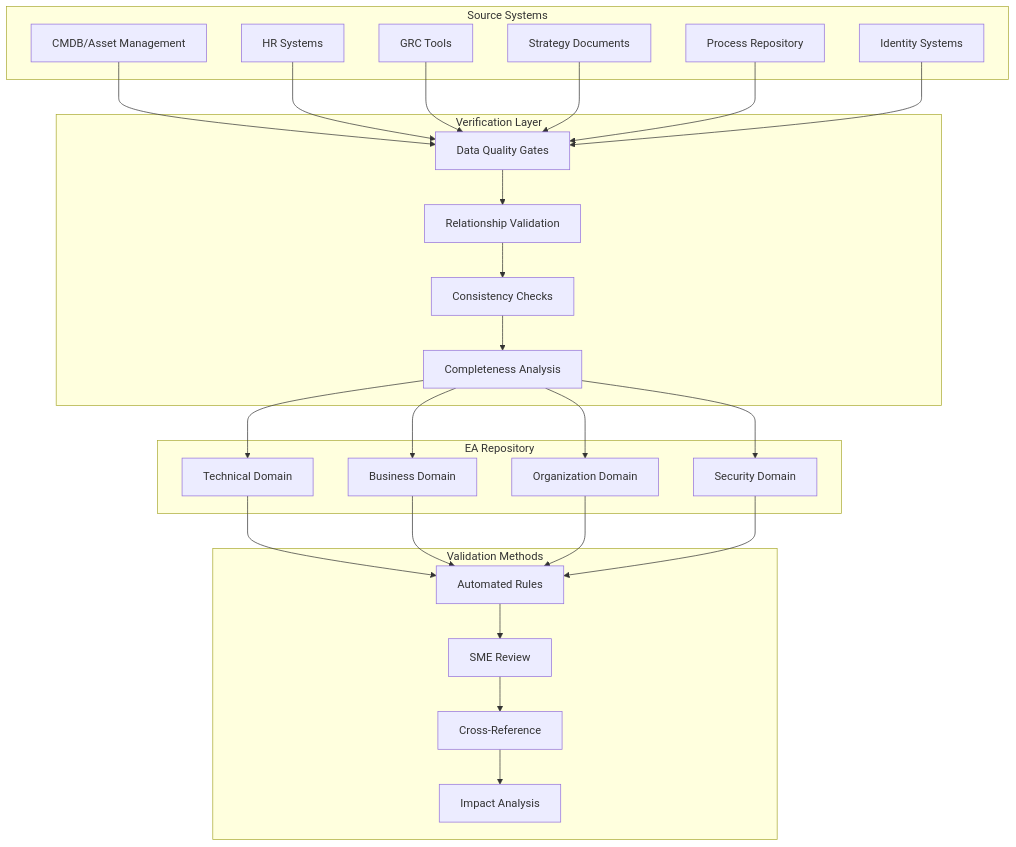
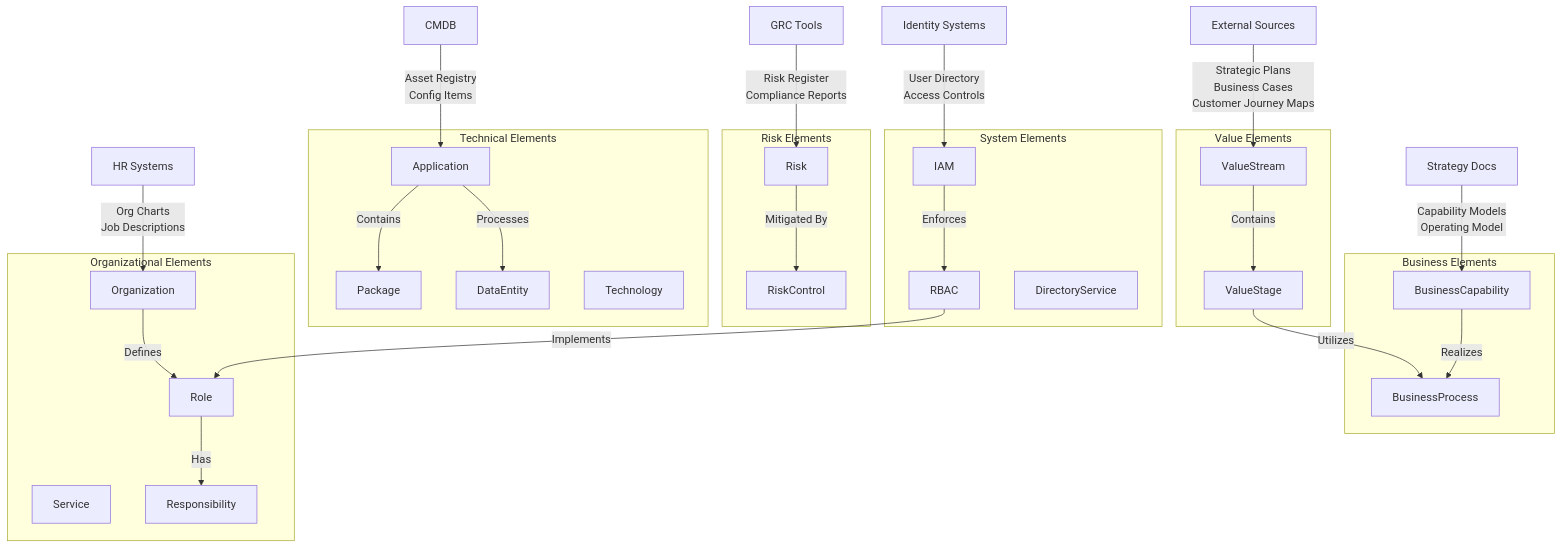
Before and after one commit to thoughtful-solutions/enterprise-architecture: the diagram in ea-population-guide.md, drawn with Mermaid. The commit also changed other lines of this file, not shown here.

````diff
--- a/ea-population-guide.md
+++ b/ea-population-guide.md
@@ -8,42 +5,53 @@
 ```mermaid
 flowchart TD
-    subgraph Sources["Source Systems"]
-        S1[CMDB/Asset Management]
-        S2[HR Systems]
-        S3[GRC Tools]
-        S4[Strategy Documents]
-        S5[Process Repository]
-        S6[Identity Systems]
+    subgraph Value["Value Elements"]
+        VS[ValueStream]
+        VSt[ValueStage]
     end
-
-    subgraph Verification["Verification Layer"]
-        V1[Data Quality Gates]
-        V2[Relationship Validation]
-        V3[Consistency Checks]
-        V4[Completeness Analysis]
+    subgraph Risk["Risk Elements"]
+        R[Risk]
+        RC[RiskControl]
     end
-
-    subgraph Repository["EA Repository"]
-        R1[Technical Domain]
-        R2[Business Domain]
-        R3[Organization Domain]
-        R4[Security Domain]
+    subgraph Business["Business Elements"]
+        BC[BusinessCapability]
+        BP[BusinessProcess]
     end
-
-    subgraph Validation["Validation Methods"]
-        M1[Automated Rules]
-        M2[SME Review]
-        M3[Cross-Reference]
-        M4[Impact Analysis]
+    subgraph Technical["Technical Elements"]
+        A[Application]
+        P[Package]
+        DE[DataEntity]
+        T[Technology]
     end
-
-    S1 & S2 & S3 & S4 & S5 & S6 --> V1
-    V1 --> V2
-    V2 --> V3
-    V3 --> V4
-    V4 --> R1 & R2 & R3 & R4
-    R1 & R2 & R3 & R4 --> M1
-    M1 --> M2
-    M2 --> M3
-    M3 --> M4
+    subgraph Org["Organizational Elements"]
+        O[Organization]
+        S[Service]
+        Ro[Role]
+        Res[Responsibility]
+    end
+    subgraph Sys["System Elements"]
+        IAM[IAM]
+        RBAC[RBAC]
+        DS[DirectoryService]
+    end
+    EXT1[External Sources] --> |Strategic Plans<br/>Business Cases<br/>Customer Journey Maps|VS
+    VS --> |Contains|VSt
+    VSt --> |Utilizes|BP
+    
+    EXT2[GRC Tools] --> |Risk Register<br/>Compliance Reports|R
+    R --> |Mitigated By|RC
+    
+    EXT3[Strategy Docs] --> |Capability Models<br/>Operating Model|BC
+    BC --> |Realizes|BP
+    
+    EXT4[CMDB] --> |Asset Registry<br/>Config Items|A
+    A --> |Contains|P
+    A --> |Processes|DE
+    
+    EXT5[HR Systems] --> |Org Charts<br/>Job Descriptions|O
+    O --> |Defines|Ro
+    Ro --> |Has|Res
+    
+    EXT6[Identity Systems] --> |User Directory<br/>Access Controls|IAM
+    IAM --> |Enforces|RBAC
+    RBAC --> |Implements|Ro
 ```
````
